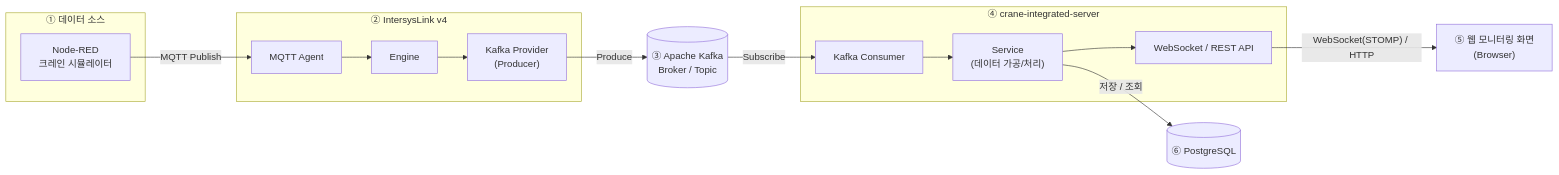
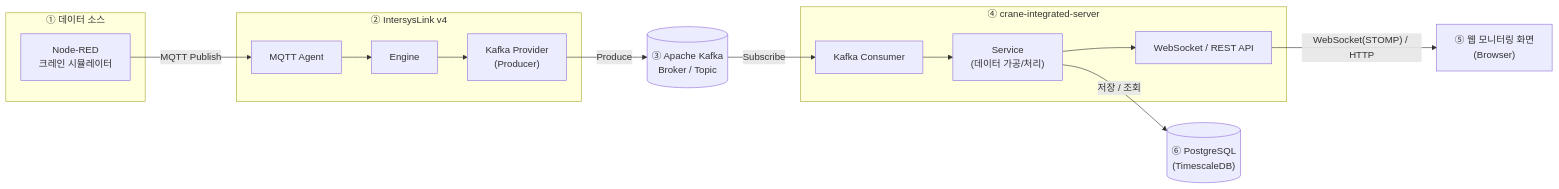
Before and after one commit to 2022024-JJM/crane-integrated-server: the diagram in README.md, drawn with Mermaid. The commit also changed other lines of this file and 7 other files, not shown here.

Commit message:
chore : PostgreSQL 저장용 Data JPA·Flyway 스타터와 H2 테스트 설정 추가

````diff
--- a/README.md
+++ b/README.md
@@ -7,29 +7,29 @@
 ```mermaid
 flowchart LR
     subgraph SRC["① 데이터 소스"]
         NR["Node-RED<br/>크레인 시뮬레이터"]
     end
     subgraph ISL["② IntersysLink v4"]
         MA["MQTT Agent"]
         ENG["Engine"]
         KP["Kafka Provider<br/>(Producer)"]
     end
     KAFKA[("③ Apache Kafka<br/>Broker / Topic")]
     subgraph SRV["④ crane-integrated-server"]
         KC["Kafka Consumer"]
         SVC["Service<br/>(데이터 가공/처리)"]
         API["WebSocket / REST API"]
     end
     WEB["⑤ 웹 모니터링 화면<br/>(Browser)"]
-    DB[("⑥ PostgreSQL")]
+    DB[("⑥ PostgreSQL<br/>(TimescaleDB)")]
 
     NR -- MQTT Publish --> MA
     MA --> ENG
     ENG --> KP
     KP -- Produce --> KAFKA
     KAFKA -- Subscribe --> KC
     KC --> SVC
     SVC --> API
     SVC -- 저장 / 조회 --> DB
     API -- "WebSocket(STOMP) / HTTP" --> WEB
 ```
````
